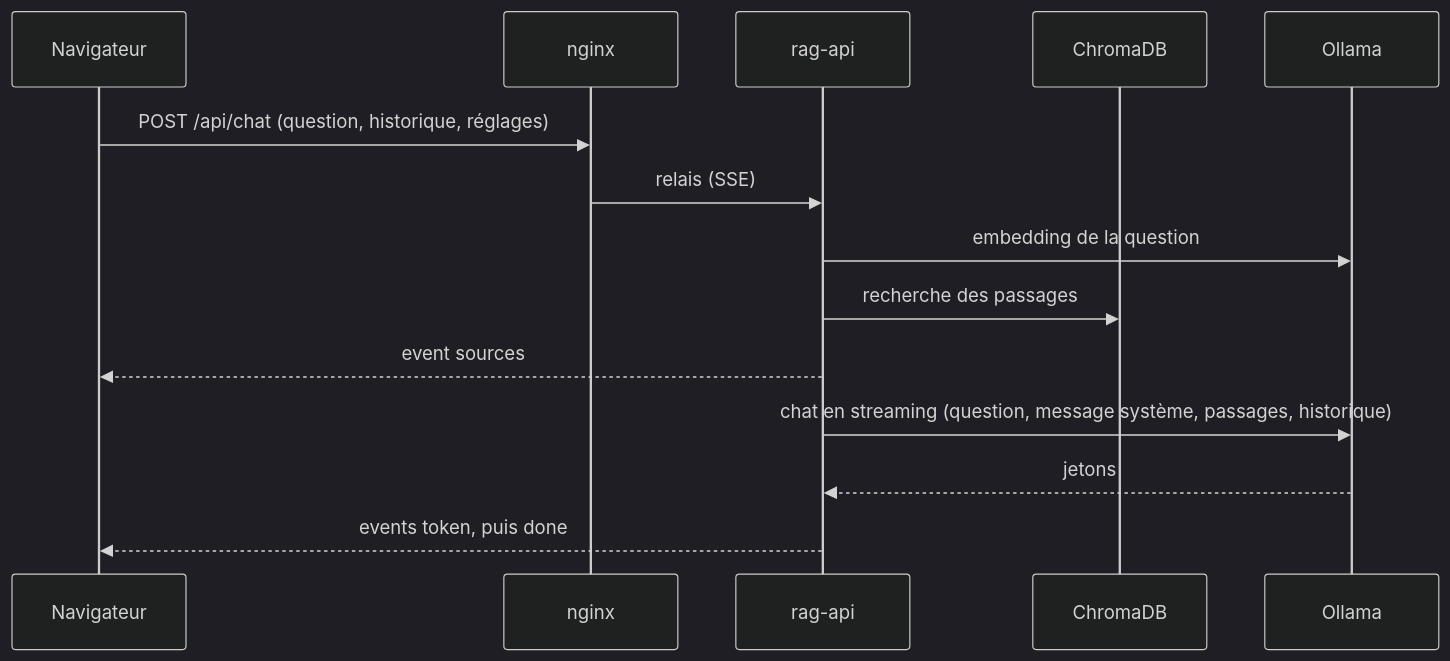
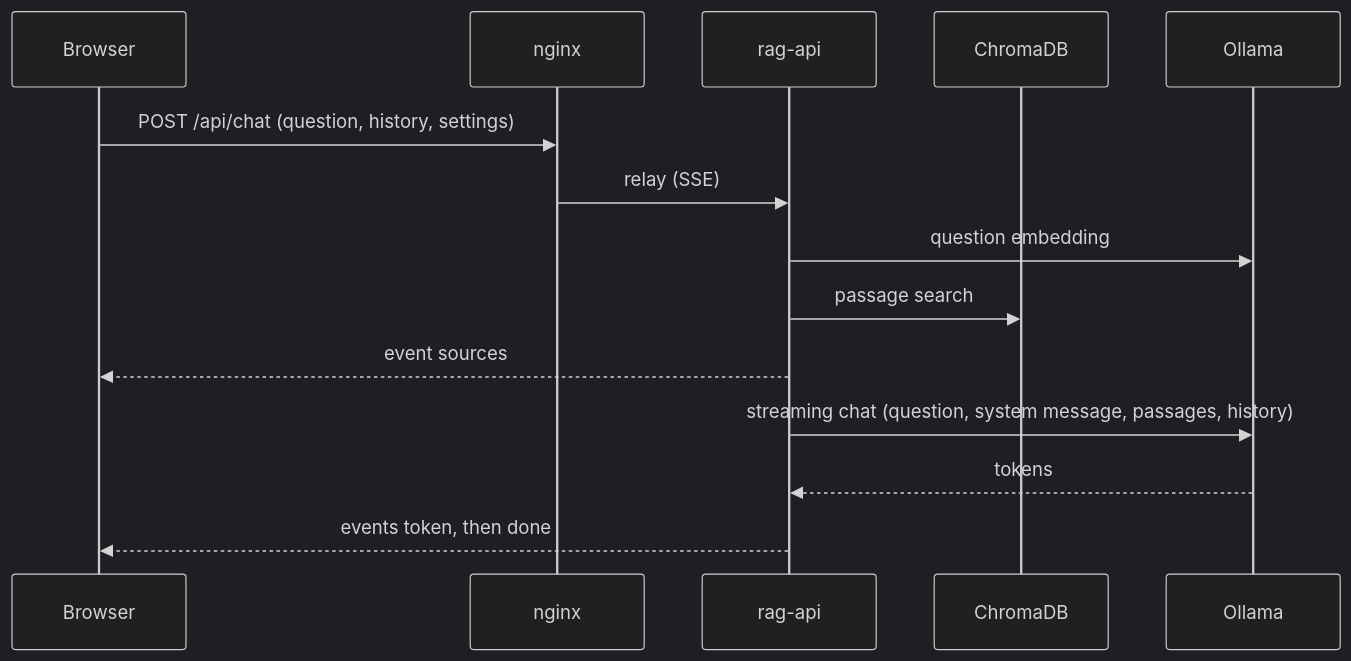
The second of 2 diagrams in ARCHITECTURE.md (antoinebuffotot/lab-environment-for-ai-training), drawn with Mermaid (dark theme) before and after one commit. The commit also changed other lines of this file and 21 other files, not shown here.

````diff
--- a/ARCHITECTURE.md
+++ b/ARCHITECTURE.md
@@ -165,16 +167,16 @@
 ```mermaid
 sequenceDiagram
-  participant B as Navigateur
+  participant B as Browser
   participant N as nginx
   participant R as rag-api
   participant C as ChromaDB
   participant O as Ollama
-  B->>N: POST /api/chat (question, historique, réglages)
-  N->>R: relais (SSE)
-  R->>O: embedding de la question
-  R->>C: recherche des passages
+  B->>N: POST /api/chat (question, history, settings)
+  N->>R: relay (SSE)
+  R->>O: question embedding
+  R->>C: passage search
   R-->>B: event sources
-  R->>O: chat en streaming (question, message système, passages, historique)
-  O-->>R: jetons
-  R-->>B: events token, puis done
+  R->>O: streaming chat (question, system message, passages, history)
+  O-->>R: tokens
+  R-->>B: events token, then done
 ```
````
